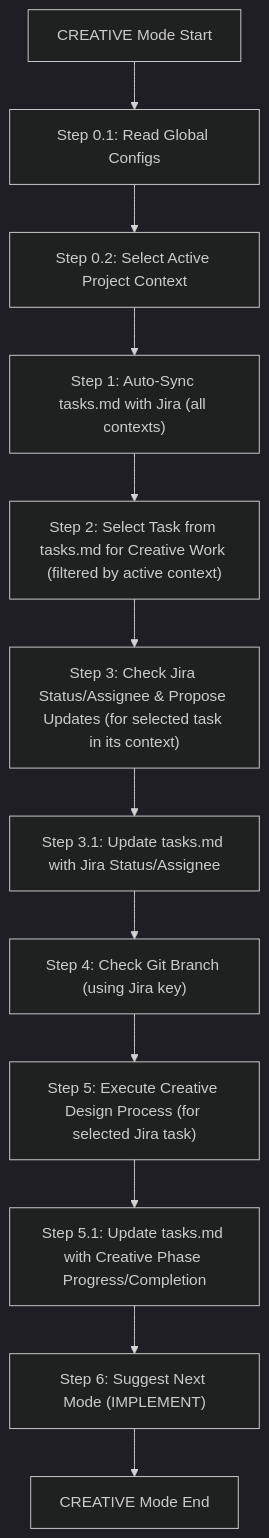
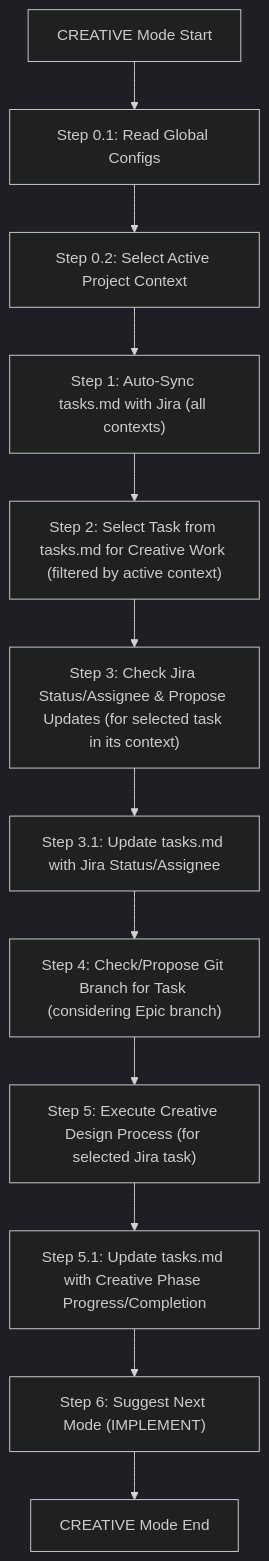
One commit to ms-moar/cursor-tools changed the first of 3 diagrams in .cursor/rules/isolation_rules/visual-maps/creative-mode-map.mdc. Above: the diagram before and after it, drawn with Mermaid (dark theme). The commit also changed other lines of this file and 42 other files, not shown here.

````diff
--- a/.cursor/rules/isolation_rules/visual-maps/creative-mode-map.mdc
+++ b/.cursor/rules/isolation_rules/visual-maps/creative-mode-map.mdc
@@ -12,14 +12,14 @@
 ```mermaid
 graph TD
     Start["CREATIVE Mode Start"] --> ReadGlobalConfig["Step 0.1: Read Global Configs"]
     ReadGlobalConfig --> SelectActiveContext["Step 0.2: Select Active Project Context"]
     SelectActiveContext --> AutoSyncTasksMD["Step 1: Auto-Sync tasks.md with Jira (all contexts)"]
     AutoSyncTasksMD --> TaskSelect["Step 2: Select Task from tasks.md for Creative Work (filtered by active context)"]
     TaskSelect --> JiraStatusAssigneeCheck["Step 3: Check Jira Status/Assignee & Propose Updates (for selected task in its context)"]
     JiraStatusAssigneeCheck --> UpdateTasksMDWithJiraStatus["Step 3.1: Update tasks.md with Jira Status/Assignee"]
-    UpdateTasksMDWithJiraStatus --> GitCheck["Step 4: Check Git Branch (using Jira key)"]
+    UpdateTasksMDWithJiraStatus --> GitCheck["Step 4: Check/Propose Git Branch for Task (considering Epic branch)"]
     GitCheck --> CreativeWork["Step 5: Execute Creative Design Process (for selected Jira task)"]
     CreativeWork --> UpdateTasksMDWithCreativeProgress["Step 5.1: Update tasks.md with Creative Phase Progress/Completion"]
     UpdateTasksMDWithCreativeProgress --> SuggestNext["Step 6: Suggest Next Mode (IMPLEMENT)"]
     SuggestNext --> End["CREATIVE Mode End"]
 ```
````
